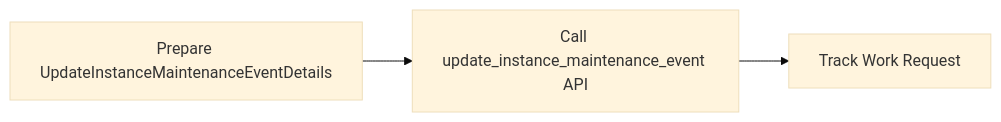
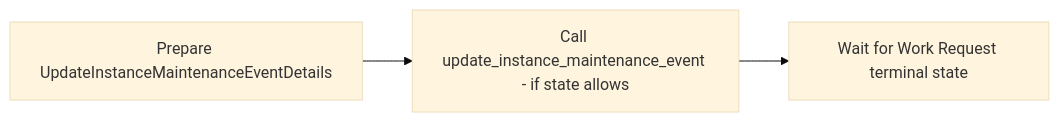
Before and after one commit to veeragoni/hpc-maintenance: the fourth of 8 diagrams in README.md, drawn with Mermaid (base theme). The commit also changed other lines of this file, not shown here.

Commit message:
updated readme with udpated flows

````diff
--- a/README.md
+++ b/README.md
@@ -56,5 +70,7 @@
 ```mermaid
 graph LR
-    A[Prepare UpdateInstanceMaintenanceEventDetails] --> B[Call update_instance_maintenance_event API]
-    B --> C[Track Work Request]
+
+    A[Prepare UpdateInstanceMaintenanceEventDetails]
+    A --> B[Call update_instance_maintenance_event - if state allows]
+    B --> C[Wait for Work Request terminal state]
 ```
````
